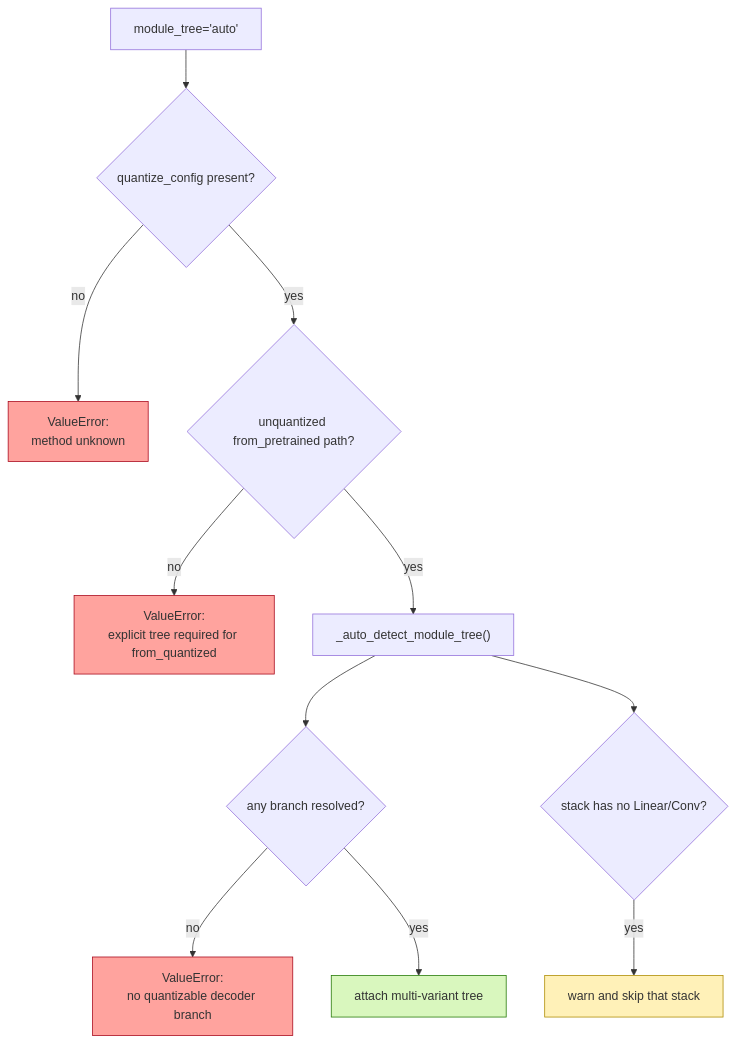
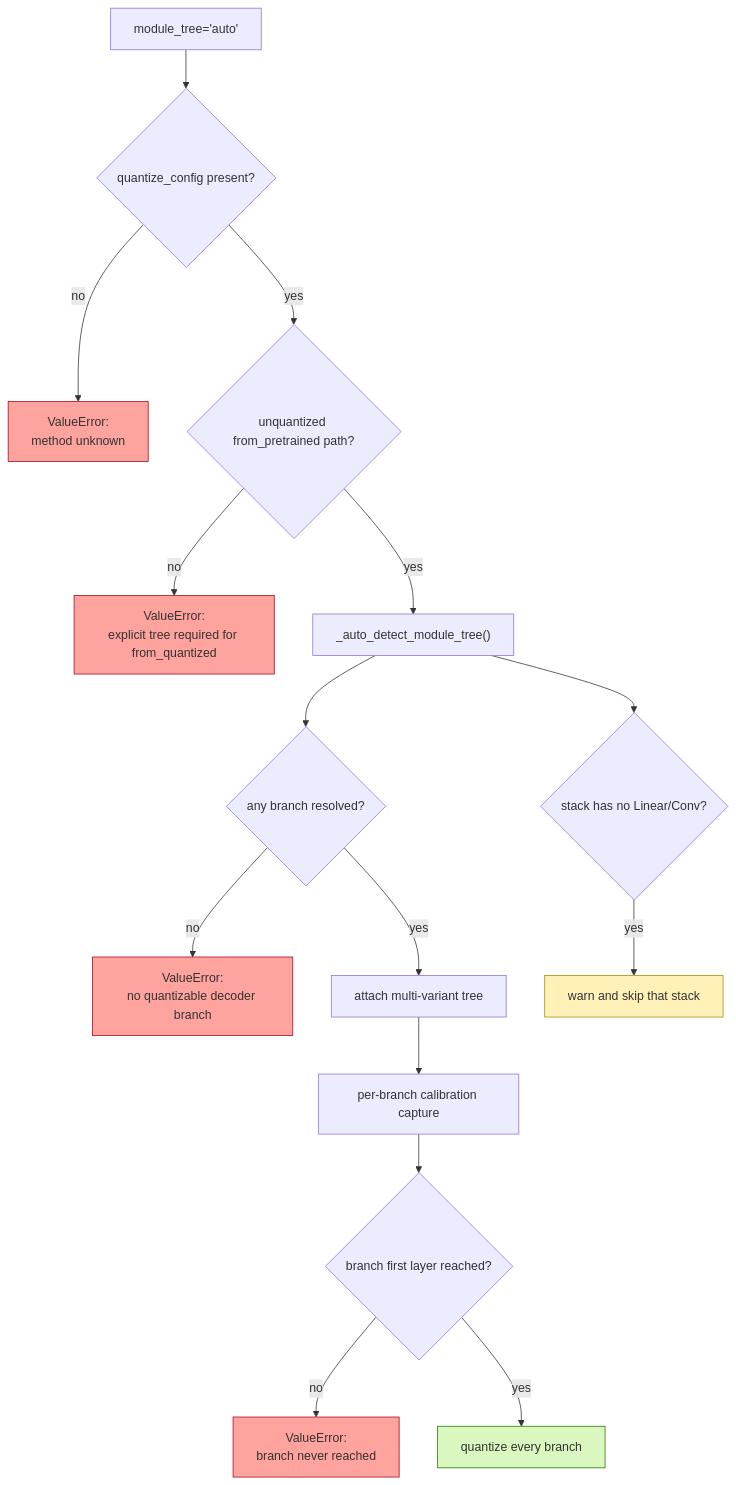
Before and after one commit to ModelCloud/GPTQModel: the fourth of 4 diagrams in docs/parallel-module-trees.md, drawn with Mermaid. The commit also changed other lines of this file and 5 other files, not shown here.

Commit message:
fix(looper): capture calibration inputs per parallel branch (#4116)

````diff
--- a/docs/parallel-module-trees.md
+++ b/docs/parallel-module-trees.md
@@ -127,18 +193,23 @@
 ```mermaid
 flowchart TD
     A["module_tree='auto'"] --> B{"quantize_config present?"}
     B -->|no| E1["ValueError:<br/>method unknown"]
     B -->|yes| C{"unquantized from_pretrained path?"}
     C -->|no| E2["ValueError:<br/>explicit tree required for from_quantized"]
     C -->|yes| D["_auto_detect_module_tree()"]
     D --> F{"any branch resolved?"}
     F -->|no| E3["ValueError:<br/>no quantizable decoder branch"]
     F -->|yes| OK["attach multi-variant tree"]
     D --> G{"stack has no Linear/Conv?"}
     G -->|yes| SKIP["warn and skip that stack"]
+    OK --> CAP["per-branch calibration capture"]
+    CAP --> H{"branch first layer reached?"}
+    H -->|no| E4["ValueError:<br/>branch never reached"]
+    H -->|yes| RUN["quantize every branch"]
     style E1 fill:#ffa39e,stroke:#a8071a
     style E2 fill:#ffa39e,stroke:#a8071a
     style E3 fill:#ffa39e,stroke:#a8071a
+    style E4 fill:#ffa39e,stroke:#a8071a
     style SKIP fill:#fff1b8,stroke:#ad8b00
-    style OK fill:#d9f7be,stroke:#237804
+    style RUN fill:#d9f7be,stroke:#237804
 ```
````
